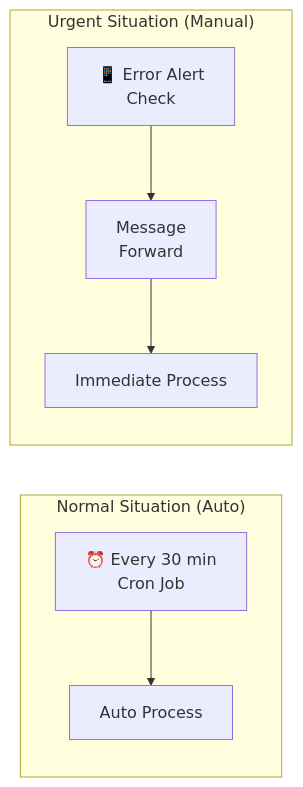
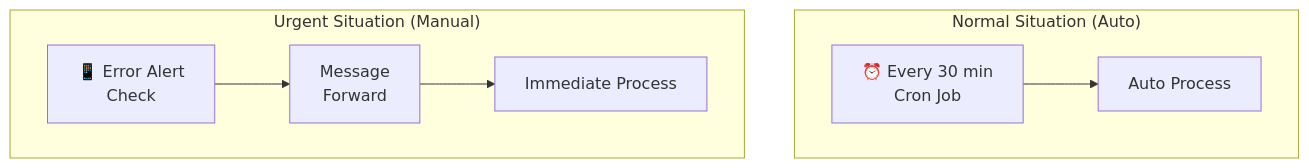
The fourth of 6 diagrams in content/blog/trends/openclaw-error-autopilot.en.md (12OneTwo12/12OneTwo12.github.io), drawn with Mermaid before and after one commit. The commit also changed other lines of this file and 1 other file, not shown here.

Commit message:
docs: openclaw 에러 처리 자동화 글 mermaid 수정

````diff
--- a/content/blog/trends/openclaw-error-autopilot.en.md
+++ b/content/blog/trends/openclaw-error-autopilot.en.md
@@ -469,10 +469,10 @@
 ```mermaid
-flowchart LR
+flowchart TB
     subgraph "Normal Situation (Auto)"
         Cron1["⏰ Every 30 min<br/>Cron Job"] --> Auto["Auto Process"]
     end
 
     subgraph "Urgent Situation (Manual)"
         Alert["📱 Error Alert<br/>Check"] --> Forward["Message<br/>Forward"] --> Manual["Immediate Process"]
     end
 ```
````
